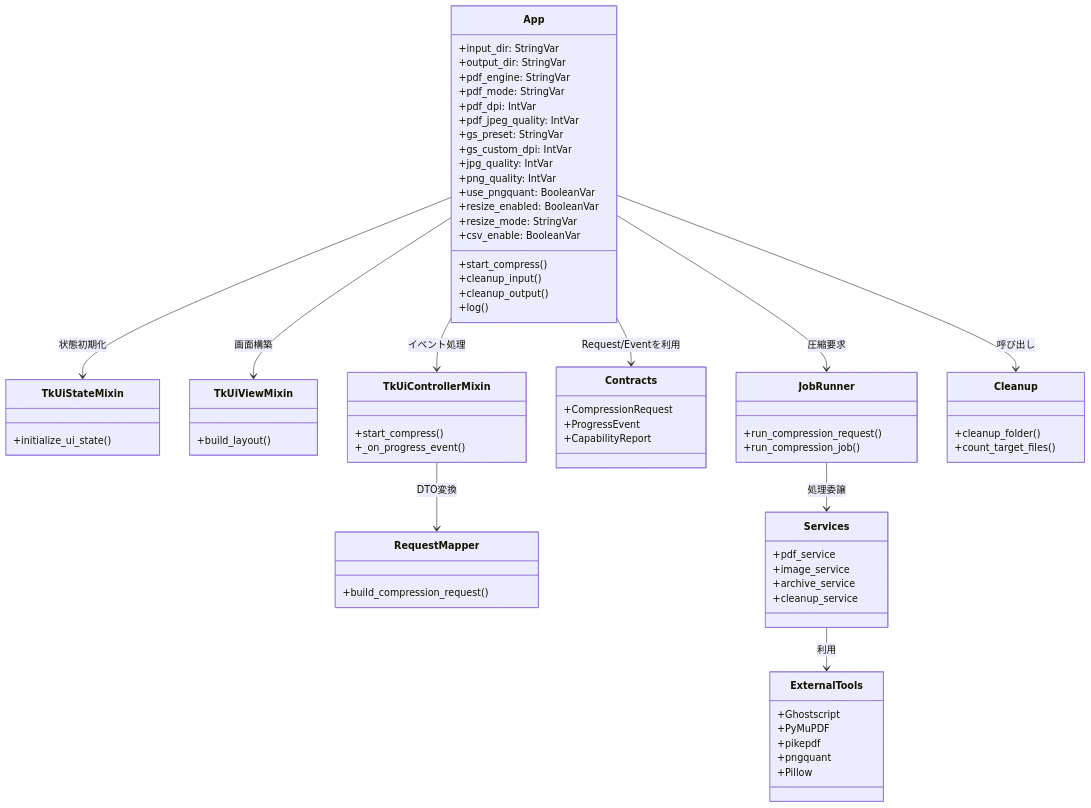
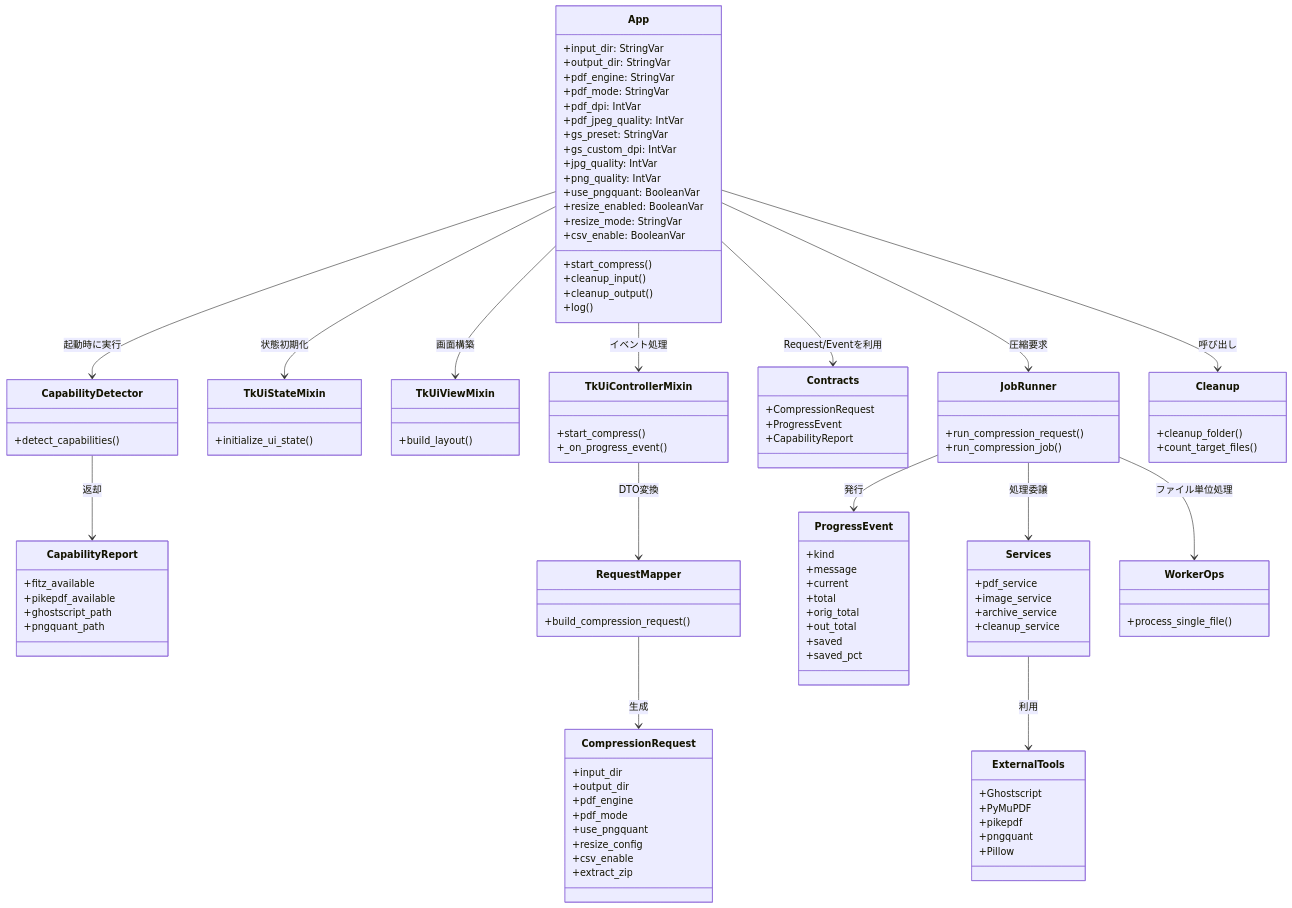
The third of 3 diagrams in Documentation/flow_sequence_and_class_diagrams.md (sho-kawasaki-dd/pjp_compressor_v2), drawn with Mermaid before and after one commit. The commit also changed other lines of this file and 5 other files, not shown here.

````diff
--- a/Documentation/flow_sequence_and_class_diagrams.md
+++ b/Documentation/flow_sequence_and_class_diagrams.md
@@ -107,6 +132,17 @@
         +cleanup_input()
         +cleanup_output()
         +log()
+    }
+
+    class CapabilityDetector {
+        +detect_capabilities()
+    }
+
+    class CapabilityReport {
+        +fitz_available
+        +pikepdf_available
+        +ghostscript_path
+        +pngquant_path
     }
 
     class TkUiStateMixin {
@@ -132,6 +168,28 @@
         +CapabilityReport
     }
 
+    class CompressionRequest {
+        +input_dir
+        +output_dir
+        +pdf_engine
+        +pdf_mode
+        +use_pngquant
+        +resize_config
+        +csv_enable
+        +extract_zip
+    }
+
+    class ProgressEvent {
+        +kind
+        +message
+        +current
+        +total
+        +orig_total
+        +out_total
+        +saved
+        +saved_pct
+    }
+
     class JobRunner {
         +run_compression_request()
         +run_compression_job()
@@ -149,6 +207,10 @@
         +count_target_files()
     }
 
+    class WorkerOps {
+        +process_single_file()
+    }
+
     class ExternalTools {
         +Ghostscript
         +PyMuPDF
@@ -157,13 +219,18 @@
         +Pillow
     }
 
+    App --> CapabilityDetector : 起動時に実行
+    CapabilityDetector --> CapabilityReport : 返却
     App --> Contracts : Request/Eventを利用
     App --> TkUiStateMixin : 状態初期化
     App --> TkUiViewMixin : 画面構築
     App --> TkUiControllerMixin : イベント処理
     TkUiControllerMixin --> RequestMapper : DTO変換
+    RequestMapper --> CompressionRequest : 生成
     App --> JobRunner : 圧縮要求
+    JobRunner --> ProgressEvent : 発行
     JobRunner --> Services : 処理委譲
+    JobRunner --> WorkerOps : ファイル単位処理
     App --> Cleanup : 呼び出し
     Services --> ExternalTools : 利用
 ```
````
